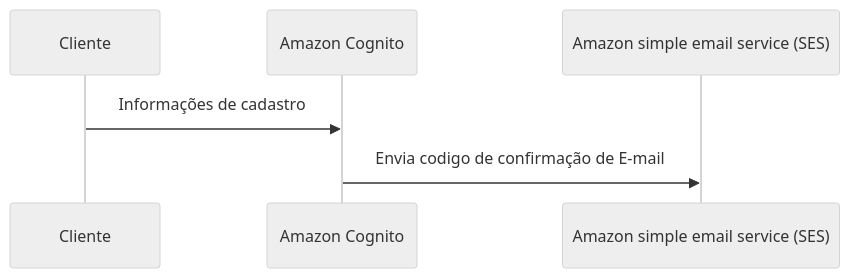
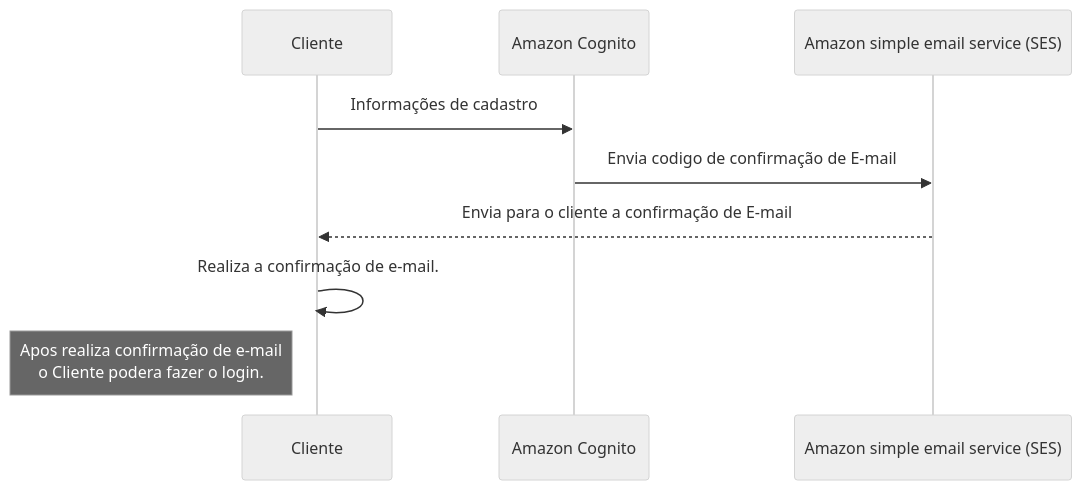
Before and after one commit to Gabrielfrahm/train-to-level-up: the first of 2 diagrams in README.md, drawn with Mermaid (neutral theme). The commit also changed other lines of this file, not shown here.

````diff
--- a/README.md
+++ b/README.md
@@ -11,9 +11,12 @@
 ```mermaid
 sequenceDiagram
     participant Cliente
     participant Cognito as Amazon Cognito
     participant SES as Amazon simple email service (SES)
 
     Cliente->>Cognito:  Informações de cadastro
     Cognito->>SES: Envia codigo de confirmação de E-mail
+    SES-->>Cliente: Envia para o cliente a confirmação de E-mail
+    Cliente->>Cliente: Realiza a confirmação de e-mail.
+    note left of Cliente: Apos realiza confirmação de e-mail <br/> o Cliente podera fazer o login.
 ```
````
